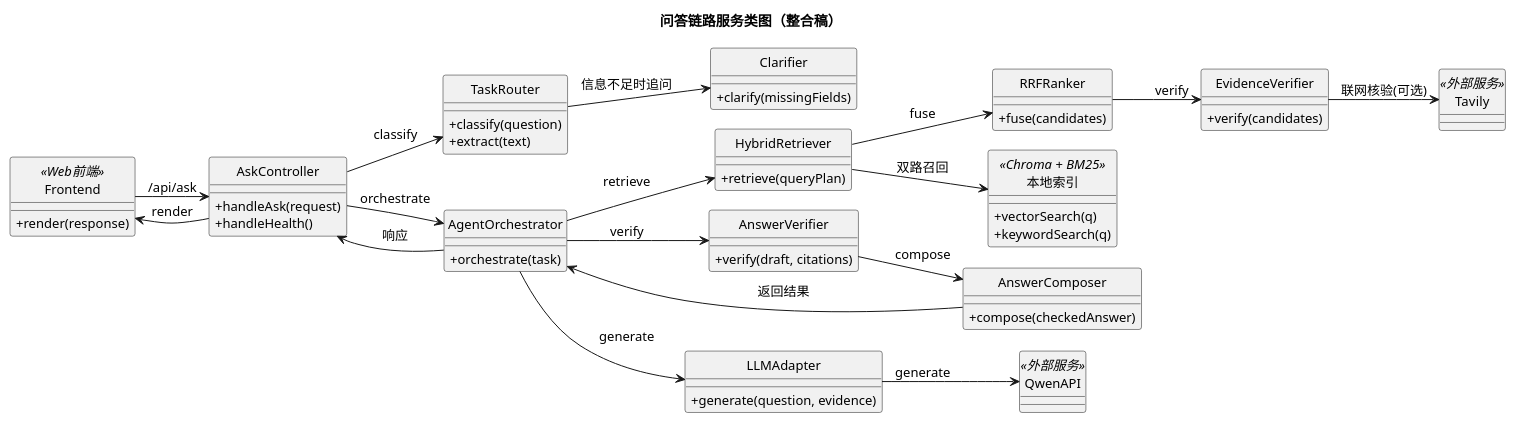
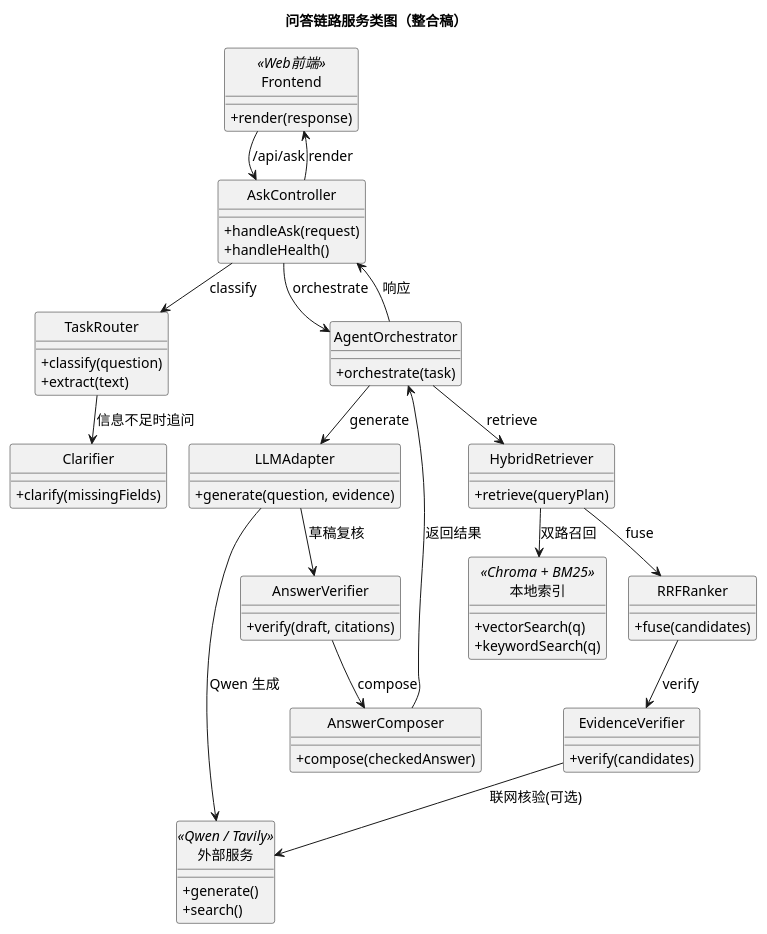
The diagram in docs/assignment-02/system-design/diagrams/uml/class/服务类图_问答链路_整合稿_v1.puml (yz-Yezi-Genm/CodeMind-FZU), drawn with PlantUML before and after one commit. The commit also changed 22 other files, not shown here.

```diff
--- a/docs/assignment-02/system-design/diagrams/uml/class/服务类图_问答链路_整合稿_v1.puml
+++ b/docs/assignment-02/system-design/diagrams/uml/class/服务类图_问答链路_整合稿_v1.puml
@@ -1,70 +1,71 @@
 @startuml
 skinparam defaultFontName "Microsoft YaHei"
-skinparam defaultFontSize 13
+skinparam defaultFontSize 14
 skinparam classAttributeIconSize 0
-skinparam nodesep 20
-skinparam ranksep 24
+skinparam nodesep 22
+skinparam ranksep 28
 hide circle
-left to right direction
 title 问答链路服务类图（整合稿）
 
 class Frontend <<Web前端>> {
   + render(response)
 }
 class AskController {
   + handleAsk(request)
   + handleHealth()
 }
 class TaskRouter {
   + classify(question)
   + extract(text)
 }
 class Clarifier {
   + clarify(missingFields)
 }
 class AgentOrchestrator {
   + orchestrate(task)
 }
 class HybridRetriever {
   + retrieve(queryPlan)
 }
 class RRFRanker {
   + fuse(candidates)
 }
 class EvidenceVerifier {
   + verify(candidates)
 }
 class AnswerVerifier {
   + verify(draft, citations)
 }
 class AnswerComposer {
   + compose(checkedAnswer)
 }
 class LLMAdapter {
   + generate(question, evidence)
 }
 class 本地索引 <<Chroma + BM25>> {
   + vectorSearch(q)
   + keywordSearch(q)
 }
-class QwenAPI <<外部服务>>
-class Tavily <<外部服务>>
+class 外部服务 <<Qwen / Tavily>> {
+  + generate()
+  + search()
+}
 
 Frontend --> AskController : /api/ask
 AskController --> TaskRouter : classify
 AskController --> AgentOrchestrator : orchestrate
 TaskRouter --> Clarifier : 信息不足时追问
 AgentOrchestrator --> HybridRetriever : retrieve
 HybridRetriever --> 本地索引 : 双路召回
 HybridRetriever --> RRFRanker : fuse
 RRFRanker --> EvidenceVerifier : verify
-EvidenceVerifier --> Tavily : 联网核验(可选)
+EvidenceVerifier --> 外部服务 : 联网核验(可选)
 AgentOrchestrator --> LLMAdapter : generate
-LLMAdapter --> QwenAPI : generate
-AgentOrchestrator --> AnswerVerifier : verify
+LLMAdapter --> 外部服务 : Qwen 生成
+LLMAdapter --> AnswerVerifier : 草稿复核
 AnswerVerifier --> AnswerComposer : compose
 AnswerComposer --> AgentOrchestrator : 返回结果
 AgentOrchestrator --> AskController : 响应
 AskController --> Frontend : render
 
 @enduml
```
